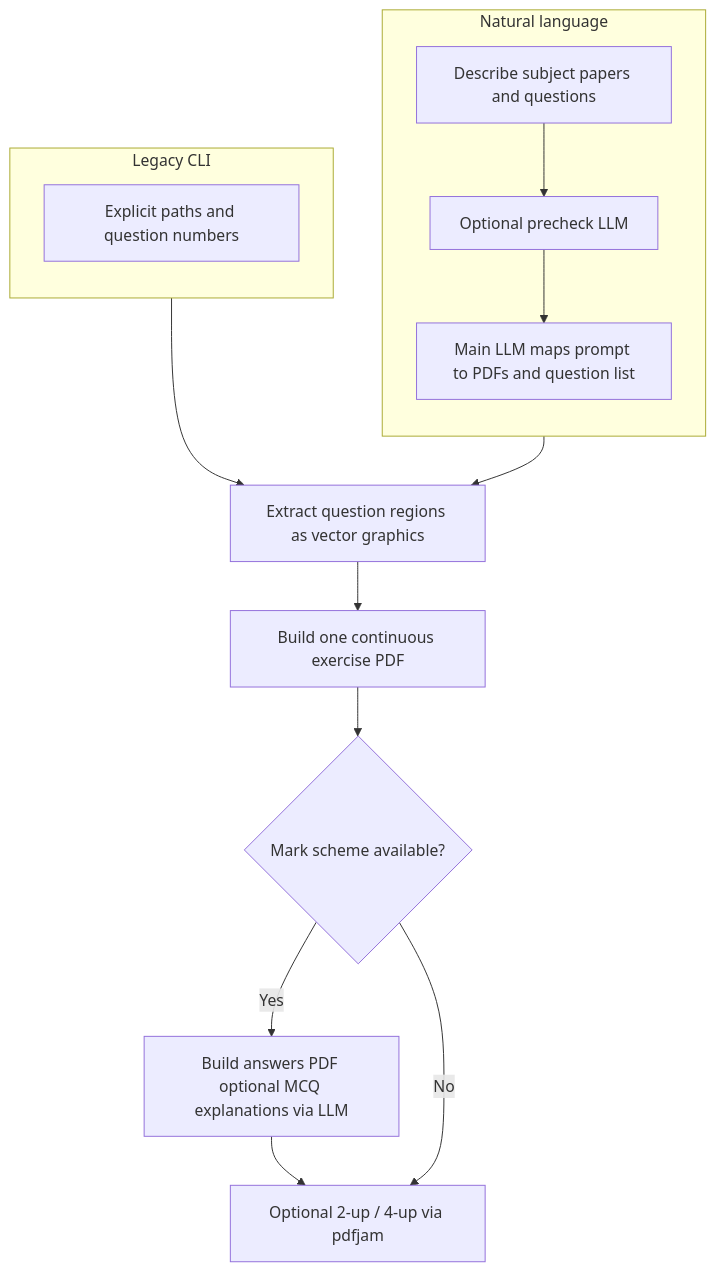
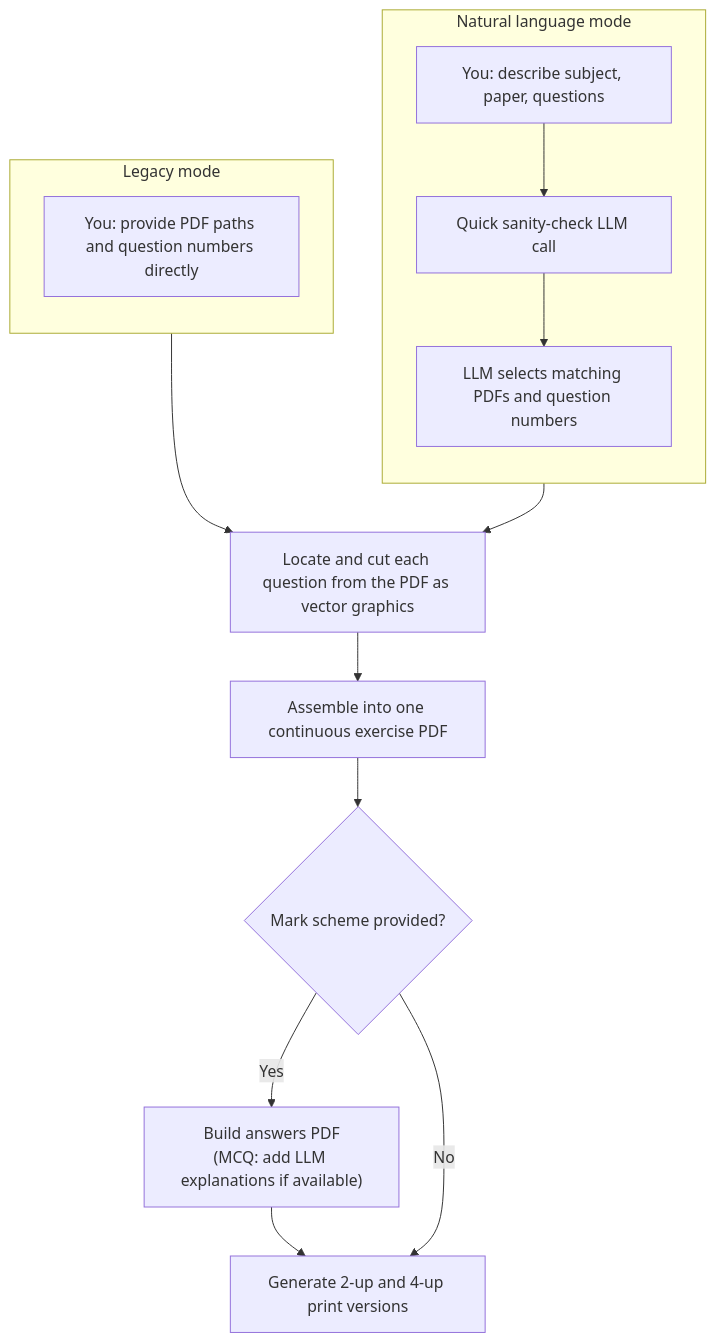
Before and after one commit to JoschkaKoen/IGCSE-Exercise-Sheet-Generator-1: the diagram in README.md, drawn with Mermaid.

Commit message:
README: improve Mermaid diagram wording

````diff
--- a/README.md
+++ b/README.md
@@ -20,27 +20,27 @@
 ```mermaid
 flowchart TD
-    subgraph nlPath [Natural language]
+    subgraph nlPath [Natural language mode]
         direction TB
-        n1[Describe subject papers and questions]
-        n2[Optional precheck LLM]
-        n3[Main LLM maps prompt to PDFs and question list]
+        n1["You: describe subject, paper, questions"]
+        n2[Quick sanity-check LLM call]
+        n3[LLM selects matching PDFs and question numbers]
         n1 --> n2 --> n3
     end
 
-    subgraph legPath [Legacy CLI]
+    subgraph legPath [Legacy mode]
         direction TB
-        l1[Explicit paths and question numbers]
+        l1[You: provide PDF paths and question numbers directly]
     end
 
-    join[Extract question regions as vector graphics]
-    ex[Build one continuous exercise PDF]
-    ms{Mark scheme available?}
-    ans[Build answers PDF optional MCQ explanations via LLM]
-    nup[Optional 2-up / 4-up via pdfjam]
+    join[Locate and cut each question from the PDF as vector graphics]
+    ex[Assemble into one continuous exercise PDF]
+    ms{Mark scheme provided?}
+    ans["Build answers PDF\n(MCQ: add LLM explanations if available)"]
+    nup[Generate 2-up and 4-up print versions]
 
     n3 --> join
     l1 --> join
     join --> ex --> ms
     ms -->|Yes| ans --> nup
     ms -->|No| nup
 ```
````
